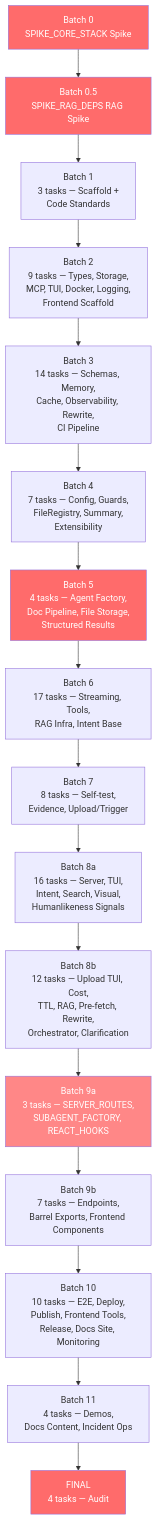
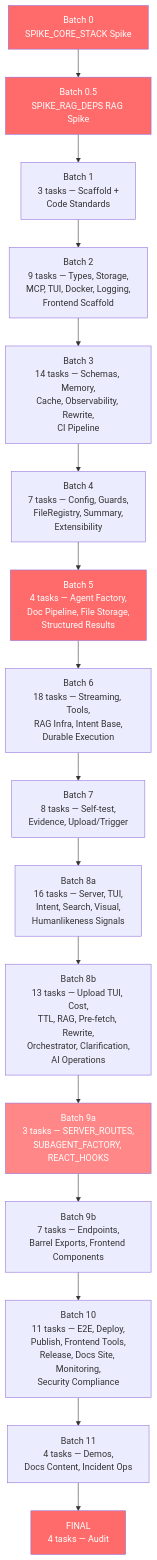
Before and after one commit to 1qh/safeagent: the fourth of 10 diagrams in plan/17-execution.md, drawn with Mermaid. The commit also changed other lines of this file and 1 other file, not shown here.

Commit message:
Integrate files 25-27: add test specs (+250 lines), execution tasks (120→123)

````diff
--- a/plan/17-execution.md
+++ b/plan/17-execution.md
@@ -457,27 +460,27 @@
 ```mermaid
 graph TB
     BATCH_SPIKE["Batch 0<br/>SPIKE_CORE_STACK Spike"]
     BATCH_RAG_SPIKE["Batch 0.5<br/>SPIKE_RAG_DEPS RAG Spike"]
     BATCH_SCAFFOLD["Batch 1<br/>3 tasks — Scaffold +<br/>Code Standards"]
     BATCH_TYPES_STORAGE["Batch 2<br/>9 tasks — Types, Storage,<br/>MCP, TUI, Docker, Logging,<br/>Frontend Scaffold"]
     BATCH_SCHEMAS_MEMORY["Batch 3<br/>14 tasks — Schemas, Memory,<br/>Cache, Observability, Rewrite,<br/>CI Pipeline"]
     BATCH_CONFIG_GUARDS["Batch 4<br/>7 tasks — Config, Guards,<br/>FileRegistry, Summary,<br/>Extensibility"]
     BATCH_AGENT_DOCS["Batch 5<br/>4 tasks — Agent Factory,<br/>Doc Pipeline, File Storage,<br/>Structured Results"]
-    BATCH_STREAMING_TOOLS["Batch 6<br/>17 tasks — Streaming, Tools,<br/>RAG Infra, Intent Base"]
+    BATCH_STREAMING_TOOLS["Batch 6<br/>18 tasks — Streaming, Tools,<br/>RAG Infra, Intent Base,<br/>Durable Execution"]
     BATCH_EVIDENCE_UPLOAD["Batch 7<br/>8 tasks — Self-test,<br/>Evidence, Upload/Trigger"]
     BATCH_SERVER_TUI["Batch 8a<br/>16 tasks — Server, TUI,<br/>Intent, Search, Visual,<br/>Humanlikeness Signals"]
-    BATCH_UPLOAD_COST["Batch 8b<br/>12 tasks — Upload TUI, Cost,<br/>TTL, RAG, Pre-fetch, Rewrite,<br/>Orchestrator, Clarification"]
+    BATCH_UPLOAD_COST["Batch 8b<br/>13 tasks — Upload TUI, Cost,<br/>TTL, RAG, Pre-fetch, Rewrite,<br/>Orchestrator, Clarification,<br/>AI Operations"]
     BATCH_ROUTES_SUBAGENT["Batch 9a<br/>3 tasks — SERVER_ROUTES,<br/>SUBAGENT_FACTORY, REACT_HOOKS"]
     BATCH_ENDPOINTS["Batch 9b<br/>7 tasks — Endpoints,<br/>Barrel Exports, Frontend Components"]
-    BATCH_END_TO_END_DEPLOY["Batch 10<br/>10 tasks — E2E, Deploy,<br/>Publish, Frontend Tools,<br/>Release, Docs Site, Monitoring"]
+    BATCH_END_TO_END_DEPLOY["Batch 10<br/>11 tasks — E2E, Deploy,<br/>Publish, Frontend Tools,<br/>Release, Docs Site, Monitoring,<br/>Security Compliance"]
     BATCH_FRONTEND_DEMOS["Batch 11<br/>4 tasks — Demos,<br/>Docs Content, Incident Ops"]
     BATCH_FINAL_AUDIT["FINAL<br/>4 tasks — Audit"]
 
     BATCH_SPIKE --> BATCH_RAG_SPIKE --> BATCH_SCAFFOLD --> BATCH_TYPES_STORAGE --> BATCH_SCHEMAS_MEMORY --> BATCH_CONFIG_GUARDS --> BATCH_AGENT_DOCS --> BATCH_STREAMING_TOOLS --> BATCH_EVIDENCE_UPLOAD --> BATCH_SERVER_TUI --> BATCH_UPLOAD_COST --> BATCH_ROUTES_SUBAGENT --> BATCH_ENDPOINTS --> BATCH_END_TO_END_DEPLOY --> BATCH_FRONTEND_DEMOS --> BATCH_FINAL_AUDIT
 
     style BATCH_SPIKE fill:#ff6b6b,color:white
     style BATCH_RAG_SPIKE fill:#ff6b6b,color:white
     style BATCH_AGENT_DOCS fill:#ff6b6b,color:white
     style BATCH_ROUTES_SUBAGENT fill:#ff8787,color:white
     style BATCH_FINAL_AUDIT fill:#ff6b6b,color:white
 ```
````
